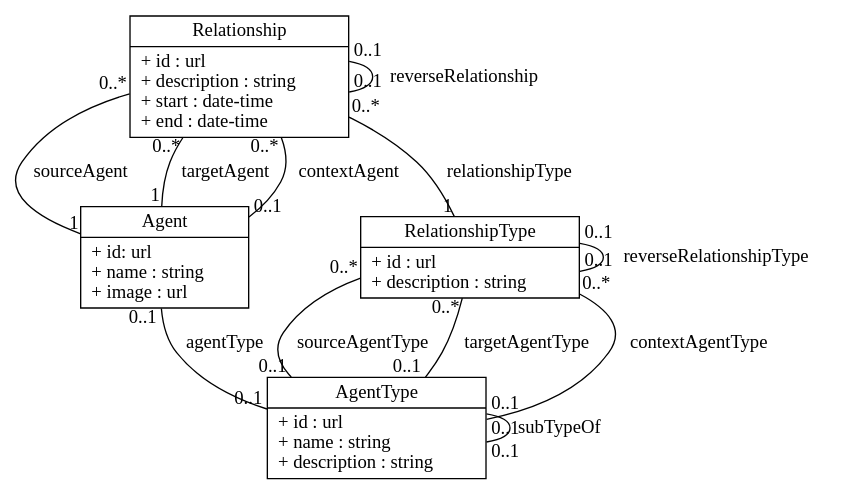
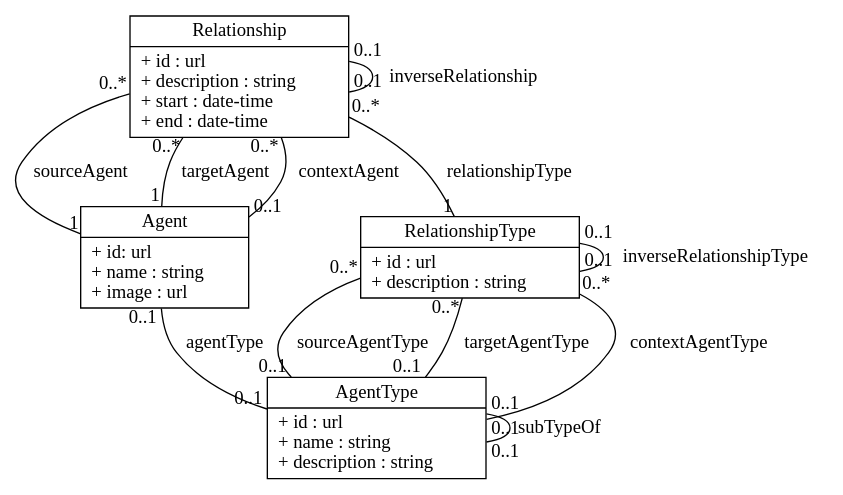
Before and after one commit to valueflows/agent: the diagram in assets/uml.dot, drawn with Graphviz. The commit also changed 3 other files, not shown here.

First line of the commit message:
rename Relationship{,Type}.reverse to inverse

```diff
--- a/assets/uml.dot
+++ b/assets/uml.dot
@@ -1,110 +1,110 @@
 // structure copied from
 // http://www.ffnn.nl/pages/articles/media/uml-diagrams-using-graphviz-dot.php
 
 digraph G {
   fontname = "Bitstream Vera Sans"
   fontsize = 14
 
   node [
     fontname = "Bitstream Vera Sans"
     fontsize = 14
     shape = "record"
   ]
 
   edge [
     fontname = "Bitstream Vera Sans"
     fontsize = 14
     arrowhead = "none"
   ]
 
   AgentType [
     label = "{AgentType|+ id : url\l+ name : string\l+ description : string\l}"
   ]
 
   Agent [
     label = "{Agent|+ id: url\l+ name : string\l+ image : url\l}"
   ]
 
   RelationshipType [
     label = "{RelationshipType|+ id : url\l+ description : string\l}"
   ]
 
   Relationship [
     label = "{Relationship|+ id : url\l+ description : string\l+ start : date-time\l+ end : date-time\l}"
   ]
 
   edge [
     headlabel = "1"
     taillabel = "0..*"
   ]
 
   edge[
     label = "sourceAgent"
   ]
   Relationship -> Agent
   edge [
     label = "targetAgent"
   ]
   Relationship -> Agent
 
   edge [
     headlabel = "0..1"
     label = "contextAgent"
   ]
   Relationship -> Agent
 
   edge [
     headlabel = "0..1"
     taillabel = "0..*"
   ]
 
   edge[
     label = "sourceAgentType"
   ]
   RelationshipType -> AgentType
   edge [
     label = "targetAgentType"
   ]
   RelationshipType -> AgentType
   edge [
     label = "contextAgentType"
   ]
   RelationshipType -> AgentType
 
   edge [
     headlabel = "1"
     taillabel = "0..*"
   ]
 
   edge [
     label = "relationshipType"
   ]
   Relationship -> RelationshipType
 
   edge [
     headlabel = "0..1"
     taillabel = "0..1"
     label = "subTypeOf"
   ]
   AgentType -> AgentType
 
   edge [
     label = "agentType"
   ]
   Agent -> AgentType
 
   edge [
     headlabel = "0..1"
     taillabel = "0..1"
   ]
   
   edge [
-    label = "reverseRelationshipType"
+    label = "inverseRelationshipType"
   ]
   RelationshipType -> RelationshipType
 
   edge [
-    label = "reverseRelationship"
+    label = "inverseRelationship"
   ]
   Relationship -> Relationship
 }
```
